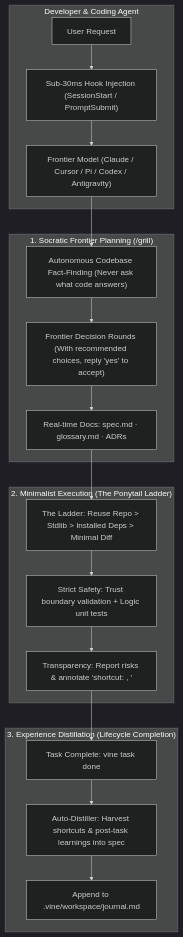
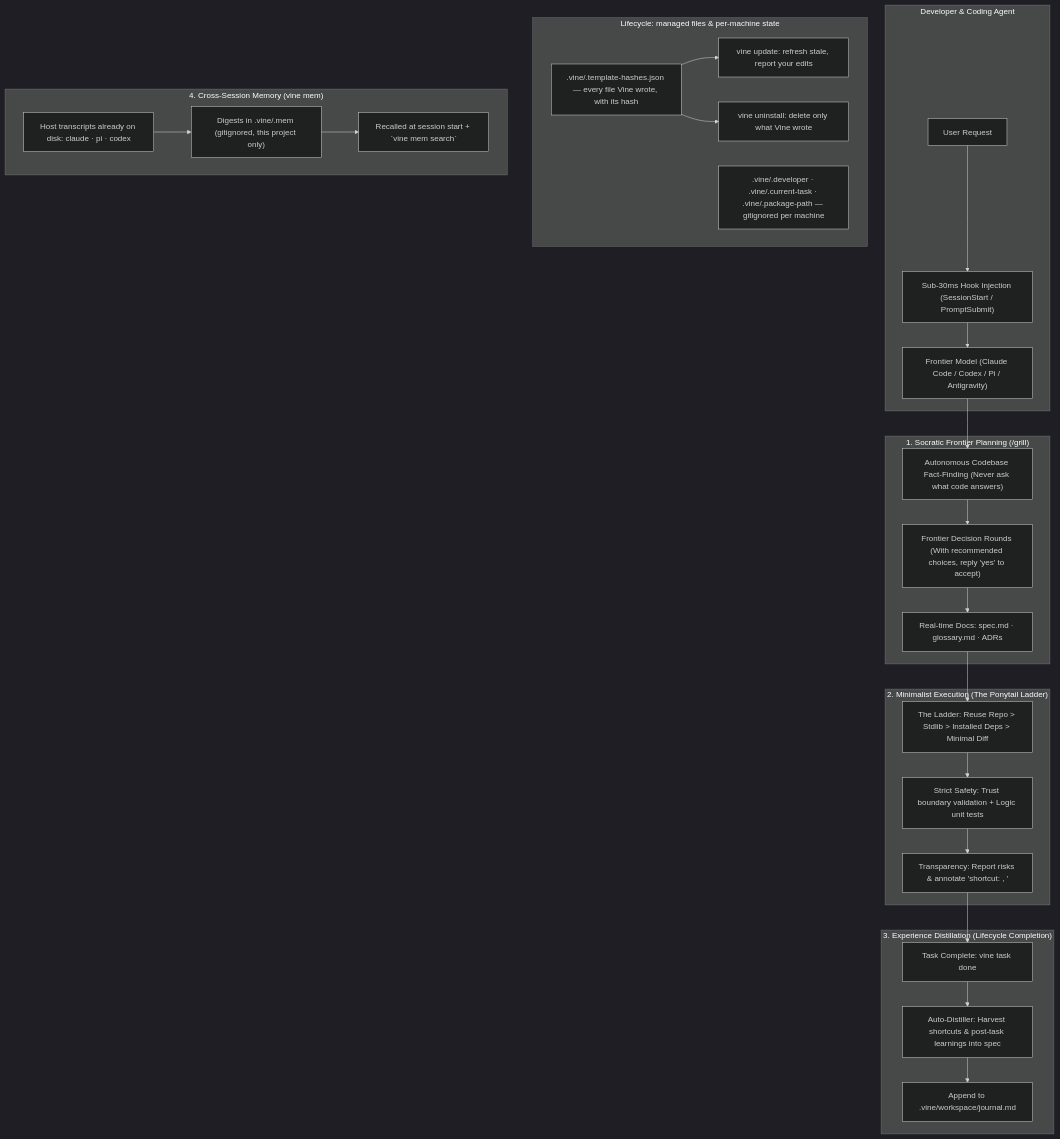
The diagram in README.md (F12tcl/vine), drawn with Mermaid (dark theme) before and after one commit. The commit also changed other lines of this file and 37 other files, not shown here.

````diff
--- a/README.md
+++ b/README.md
@@ -55,25 +57,37 @@
 ```mermaid
 flowchart TD
     subgraph Host["Developer & Coding Agent"]
         UserPrompt["User Request"] --> Hooks["Sub-30ms Hook Injection (SessionStart / PromptSubmit)"]
-        Hooks --> Agent["Frontier Model (Claude / Cursor / Pi / Codex / Antigravity)"]
+        Hooks --> Agent["Frontier Model (Claude Code / Codex / Pi / Antigravity)"]
     end
 
     subgraph Phase1["1. Socratic Frontier Planning (/grill)"]
         Agent --> FactCheck["Autonomous Codebase Fact-Finding (Never ask what code answers)"]
         FactCheck --> FrontierQ["Frontier Decision Rounds (With recommended choices, reply 'yes' to accept)"]
         FrontierQ --> LivingDocs["Real-time Docs: spec.md · glossary.md · ADRs"]
     end
 
     subgraph Phase2["2. Minimalist Execution (The Ponytail Ladder)"]
         LivingDocs --> Ladder["The Ladder: Reuse Repo > Stdlib > Installed Deps > Minimal Diff"]
         Ladder --> Safety["Strict Safety: Trust boundary validation + Logic unit tests"]
         Safety --> Debt["Transparency: Report risks & annotate 'shortcut: <limit>, <upgrade>'"]
     end
 
     subgraph Phase3["3. Experience Distillation (Lifecycle Completion)"]
         Debt --> Finish["Task Complete: vine task done"]
         Finish --> Distill["Auto-Distiller: Harvest shortcuts & post-task learnings into spec"]
         Distill --> Journal["Append to .vine/workspace/journal.md"]
     end
+
+    subgraph Deploy["Lifecycle: managed files & per-machine state"]
+        Manifest[".vine/.template-hashes.json — every file Vine wrote, with its hash"]
+        Manifest --> Update["vine update: refresh stale, report your edits"]
+        Manifest --> Remove["vine uninstall: delete only what Vine wrote"]
+        Local[".vine/.developer · .vine/.current-task · .vine/.package-path — gitignored per machine"]
+    end
+
+    subgraph Phase4["4. Cross-Session Memory (vine mem)"]
+        Transcripts["Host transcripts already on disk: claude · pi · codex"] --> Digests["Digests in .vine/.mem (gitignored, this project only)"]
+        Digests --> Recall["Recalled at session start + `vine mem search`"]
+    end
 ```
````
